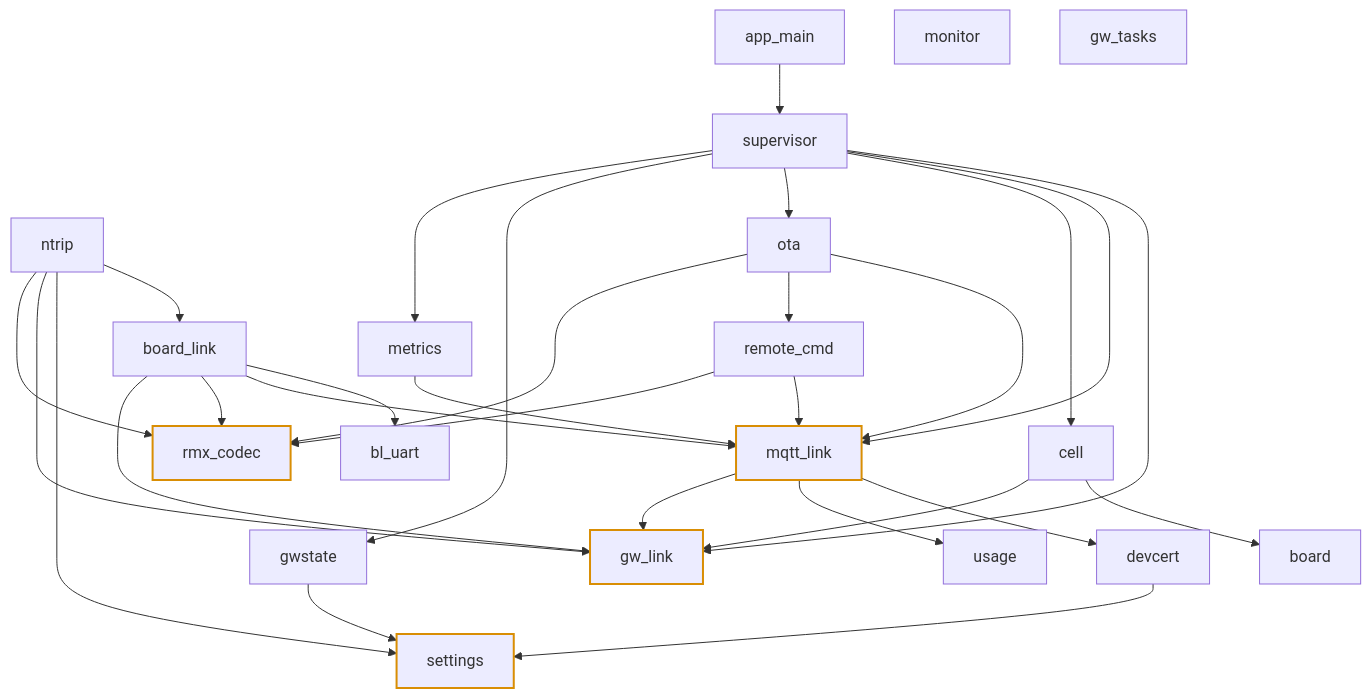
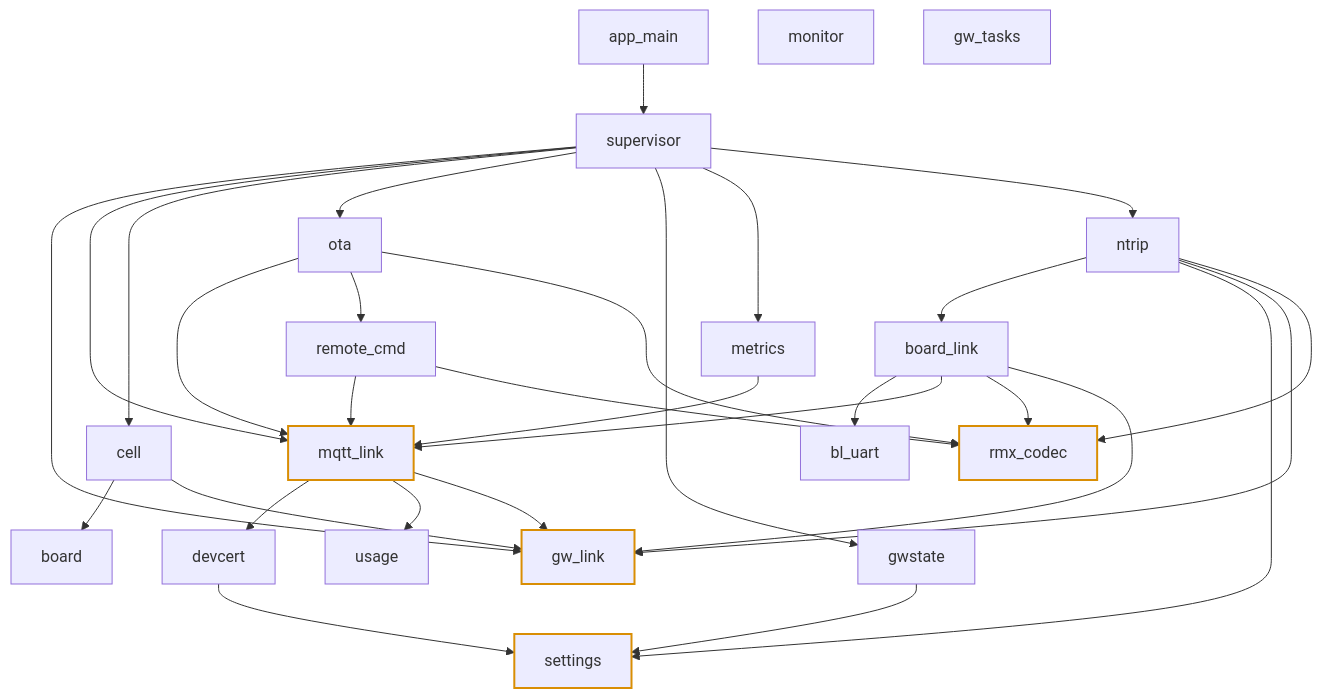
Before and after one commit to jRmx0/esp-architecture: the fifth of 6 diagrams in examples/gateway/diagrams.md, drawn with Mermaid. The commit also changed other lines of this file and 4 other files, not shown here.

First line of the commit message:
Block level 2: lines between connected subsystems; supervisor starts ntrip

````diff
--- a/examples/gateway/diagrams.md
+++ b/examples/gateway/diagrams.md
@@ -123,52 +128,53 @@
 ```mermaid
 flowchart TD
   n_app_main["app_main"]
   n_supervisor["supervisor"]
   n_mqtt_link["mqtt_link"]
   n_board_link["board_link"]
   n_ntrip["ntrip"]
   n_remote_cmd["remote_cmd"]
   n_ota["ota"]
   n_gwstate["gwstate"]
   n_metrics["metrics"]
   n_monitor["monitor"]
   n_usage["usage"]
   n_devcert["devcert"]
   n_rmx_codec["rmx_codec"]
   n_cell["cell"]
   n_bl_uart["bl_uart"]
   n_board["board"]
   n_settings["settings"]
   n_gw_tasks["gw_tasks"]
   n_gw_link["gw_link"]
   n_app_main --> n_supervisor
   n_supervisor --> n_gw_link
   n_supervisor --> n_mqtt_link
   n_supervisor --> n_cell
   n_supervisor --> n_ota
   n_supervisor --> n_gwstate
   n_supervisor --> n_metrics
+  n_supervisor --> n_ntrip
   n_mqtt_link --> n_devcert
   n_mqtt_link --> n_usage
   n_mqtt_link --> n_gw_link
   n_board_link --> n_bl_uart
   n_board_link --> n_mqtt_link
   n_board_link --> n_rmx_codec
   n_board_link --> n_gw_link
   n_ntrip --> n_board_link
   n_ntrip --> n_settings
   n_ntrip --> n_gw_link
   n_ntrip --> n_rmx_codec
   n_remote_cmd --> n_mqtt_link
   n_remote_cmd --> n_rmx_codec
   n_ota --> n_mqtt_link
   n_ota --> n_remote_cmd
   n_ota --> n_rmx_codec
   n_gwstate --> n_settings
   n_metrics --> n_mqtt_link
   n_devcert --> n_settings
   n_cell --> n_board
   n_cell --> n_gw_link
   classDef shared stroke:#d98e04,stroke-width:2px
   class n_gw_link,n_mqtt_link,n_rmx_codec,n_settings shared
 ```
````
